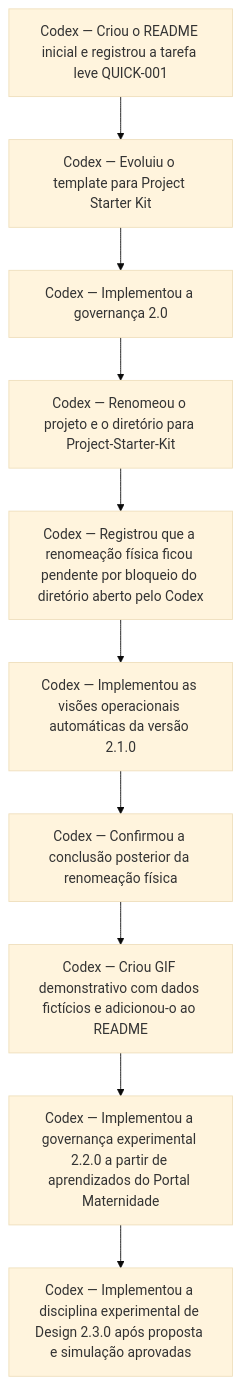
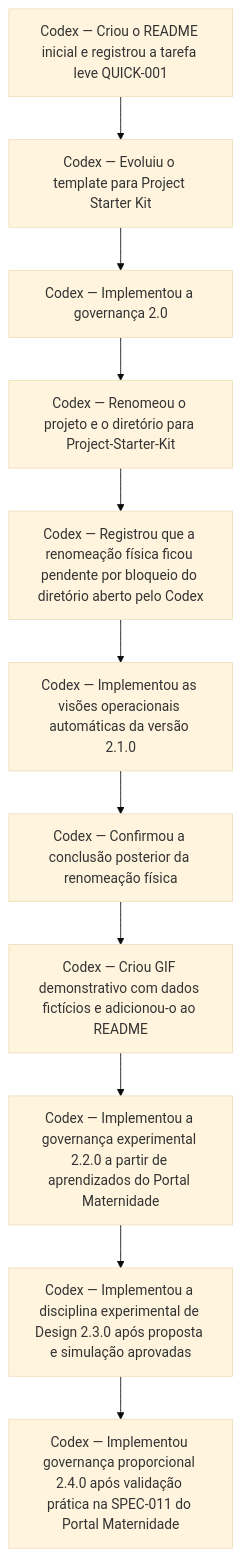
One commit to Rogeriocsantana/Project-Starter-Kit changed the diagram in _project-kit/generated/CONTRIBUTION_HISTORY.md. Above: the diagram before and after it, drawn with Mermaid (base theme). The commit also changed other lines of this file and 24 other files, not shown here.

````diff
--- a/_project-kit/generated/CONTRIBUTION_HISTORY.md
+++ b/_project-kit/generated/CONTRIBUTION_HISTORY.md
@@ -5,22 +5,24 @@
 ```mermaid
 flowchart TD
     A0["Codex — Criou o README inicial e registrou a tarefa leve QUICK-001"]
     A1["Codex — Evoluiu o template para Project Starter Kit"]
     A2["Codex — Implementou a governança 2.0"]
     A3["Codex — Renomeou o projeto e o diretório para Project-Starter-Kit"]
     A4["Codex — Registrou que a renomeação física ficou pendente por bloqueio do diretório aberto pelo Codex"]
     A5["Codex — Implementou as visões operacionais automáticas da versão 2.1.0"]
     A6["Codex — Confirmou a conclusão posterior da renomeação física"]
     A7["Codex — Criou GIF demonstrativo com dados fictícios e adicionou-o ao README"]
     A8["Codex — Implementou a governança experimental 2.2.0 a partir de aprendizados do Portal Maternidade"]
     A9["Codex — Implementou a disciplina experimental de Design 2.3.0 após proposta e simulação aprovadas"]
+    A10["Codex — Implementou governança proporcional 2.4.0 após validação prática na SPEC-011 do Portal Maternidade"]
     A0 --> A1
     A1 --> A2
     A2 --> A3
     A3 --> A4
     A4 --> A5
     A5 --> A6
     A6 --> A7
     A7 --> A8
     A8 --> A9
+    A9 --> A10
 ```
````
